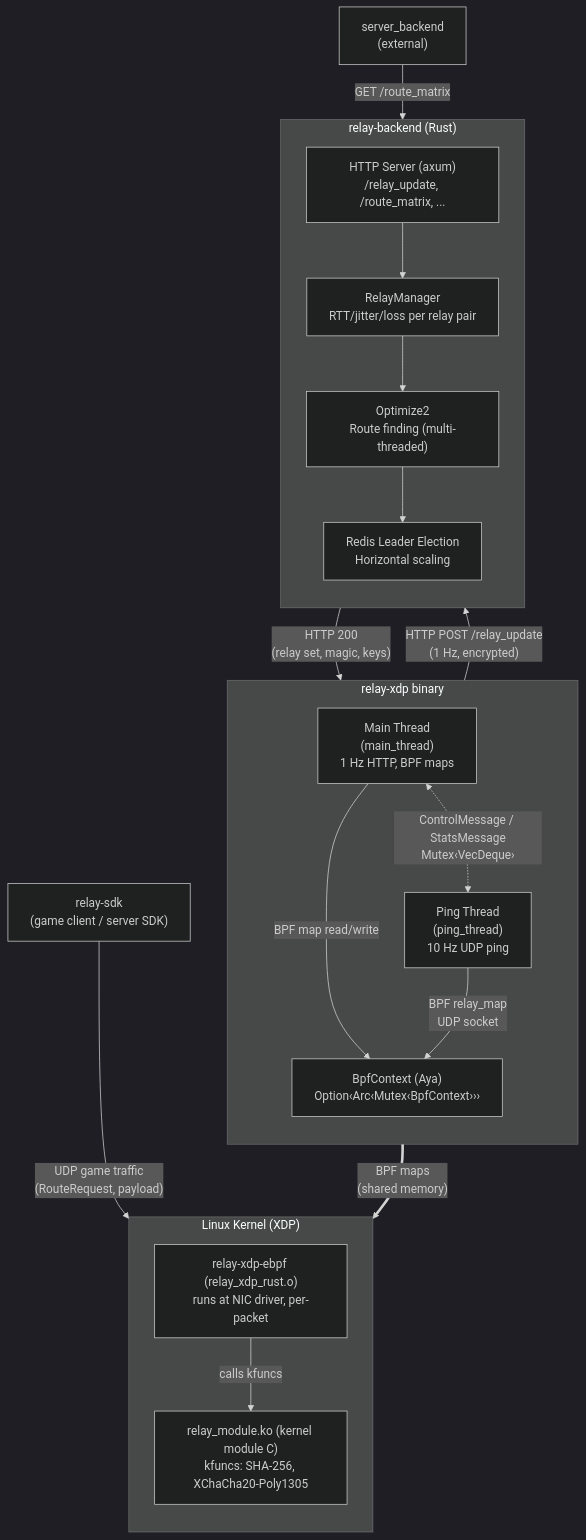
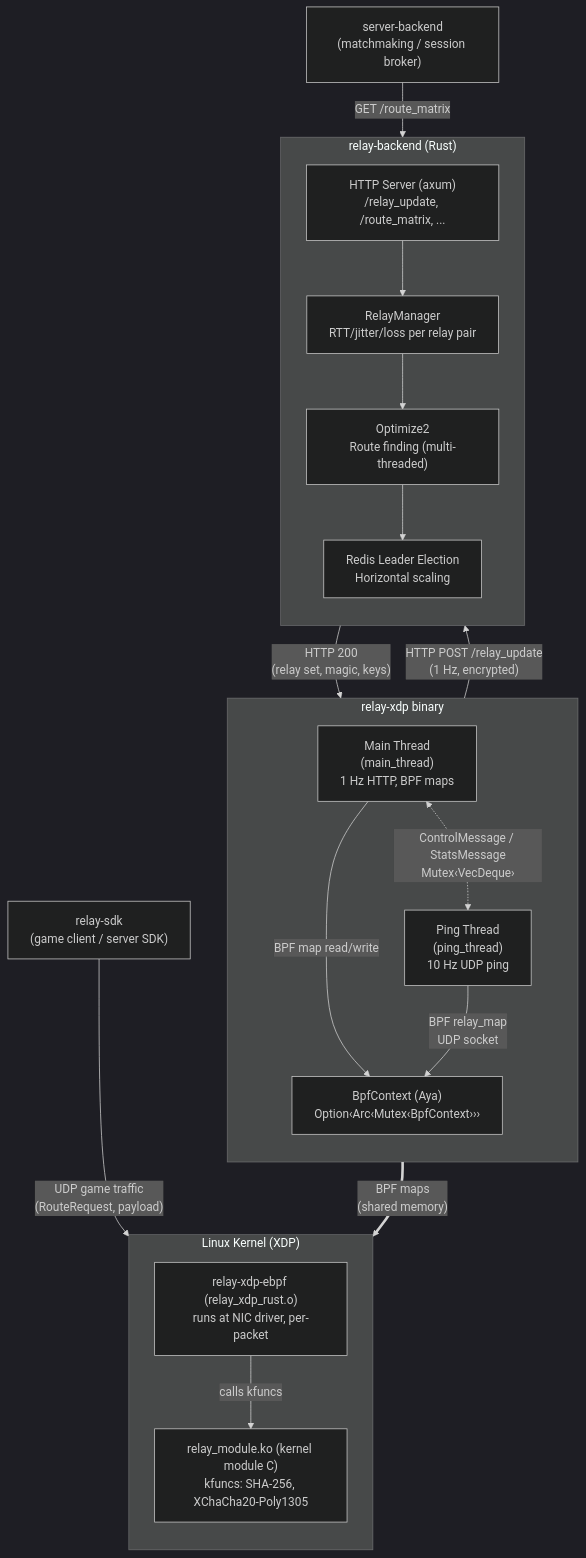
The first of 12 diagrams in docs/ARCHITECTURE.md (brianpht/relay-xdp), drawn with Mermaid (dark theme) before and after one commit. The commit also changed other lines of this file and 13 other files, not shown here.

Commit message:
feat(server-backend): add initial implementation for matchmaking and session broker

````diff
--- a/docs/ARCHITECTURE.md
+++ b/docs/ARCHITECTURE.md
@@ -173,35 +187,35 @@
 ```mermaid
 flowchart TB
     subgraph US["relay-xdp binary"]
         direction TB
         MT["Main Thread\n(main_thread)\n1 Hz HTTP, BPF maps"]
         PT["Ping Thread\n(ping_thread)\n10 Hz UDP ping"]
         MT <-.->|" ControlMessage / StatsMessage\nMutex‹VecDeque› "| PT
         BC["BpfContext (Aya)\nOption‹Arc‹Mutex‹BpfContext›››"]
         MT -->|" BPF map read/write "| BC
         PT -->|" BPF relay_map\nUDP socket "| BC
     end
     subgraph BE["relay-backend (Rust)"]
         direction TB
         BH["HTTP Server (axum)\n/relay_update, /route_matrix, ..."]
         RM["RelayManager\nRTT/jitter/loss per relay pair"]
         OPT["Optimize2\nRoute finding (multi-threaded)"]
         RD["Redis Leader Election\nHorizontal scaling"]
         BH --> RM
         RM --> OPT
         OPT --> RD
     end
     subgraph KN["Linux Kernel (XDP)"]
         direction TB
         EBPF["relay-xdp-ebpf (relay_xdp_rust.o)\nruns at NIC driver, per-packet"]
         MOD["relay_module.ko (kernel module C)\nkfuncs: SHA-256, XChaCha20-Poly1305"]
         EBPF -->|" calls kfuncs "| MOD
     end
-    SB["server_backend\n(external)"]
+    SB["server-backend\n(matchmaking / session broker)"]
     SDK["relay-sdk\n(game client / server SDK)"]
     MT -->|" HTTP POST /relay_update\n(1 Hz, encrypted) "| BH
     BH -->|" HTTP 200\n(relay set, magic, keys) "| MT
     SB -->|" GET /route_matrix "| BH
     BC ==>|" BPF maps\n(shared memory) "| EBPF
     SDK -->|" UDP game traffic\n(RouteRequest, payload) "| EBPF
 ```
````
